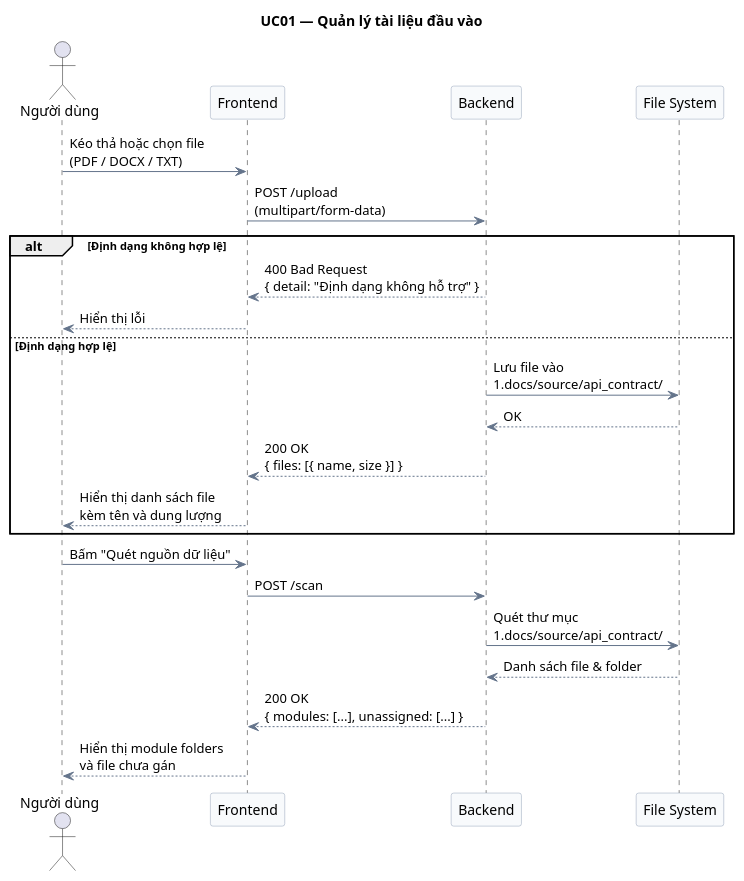
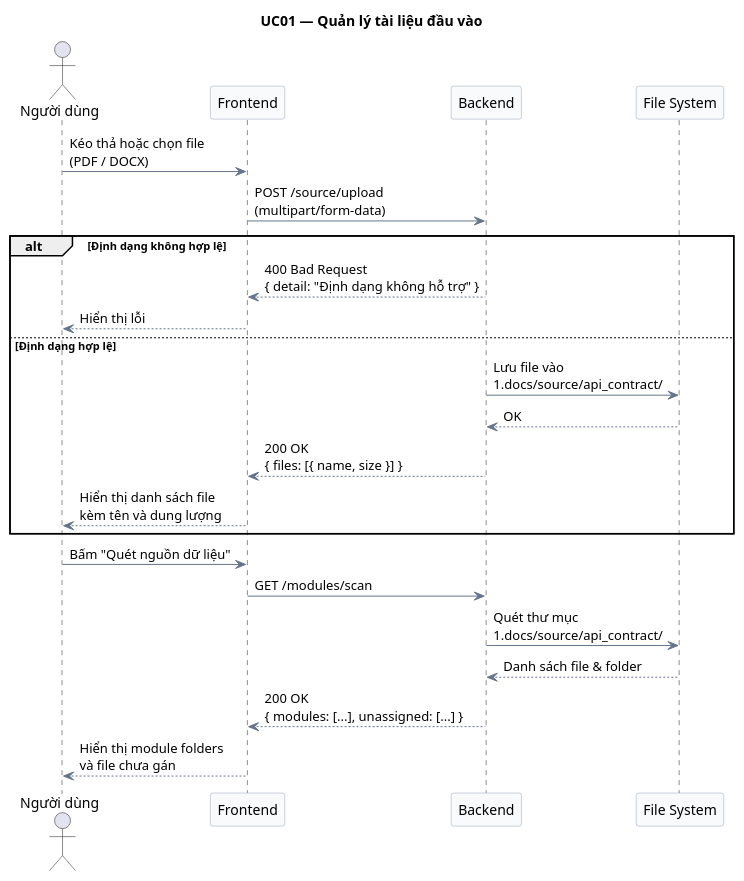
One commit to DuyTon666/API-CONVERTER changed the diagram in docs/sequence/UC01_sequence.puml. Above: the diagram before and after it, drawn with PlantUML. The commit also changed 80 other files, not shown here.

```diff
--- a/docs/sequence/UC01_sequence.puml
+++ b/docs/sequence/UC01_sequence.puml
@@ -1,36 +1,36 @@
 @startuml UC01_QuanLyTaiLieuDauVao
 skinparam SequenceArrowColor #64748B
 skinparam SequenceBoxBorderColor #CBD5E1
 skinparam ParticipantBackgroundColor #F8FAFC
 skinparam ParticipantBorderColor #94A3B8
 
 title UC01 — Quản lý tài liệu đầu vào
 
 actor "Người dùng" as User
 participant "Frontend" as FE
 participant "Backend" as BE
 participant "File System" as FS
 
-User -> FE: Kéo thả hoặc chọn file\n(PDF / DOCX / TXT)
-FE -> BE: POST /upload\n(multipart/form-data)
+User -> FE: Kéo thả hoặc chọn file\n(PDF / DOCX)
+FE -> BE: POST /source/upload\n(multipart/form-data)
 
 alt Định dạng không hợp lệ
   BE --> FE: 400 Bad Request\n{ detail: "Định dạng không hỗ trợ" }
   FE --> User: Hiển thị lỗi
 else Định dạng hợp lệ
   BE -> FS: Lưu file vào\n1.docs/source/api_contract/
   FS --> BE: OK
   BE --> FE: 200 OK\n{ files: [{ name, size }] }
   FE --> User: Hiển thị danh sách file\nkèm tên và dung lượng
 end
 
 User -> FE: Bấm "Quét nguồn dữ liệu"
-FE -> BE: POST /scan
+FE -> BE: GET /modules/scan
 
 BE -> FS: Quét thư mục\n1.docs/source/api_contract/
 FS --> BE: Danh sách file & folder
 
 BE --> FE: 200 OK\n{ modules: [...], unassigned: [...] }
 FE --> User: Hiển thị module folders\nvà file chưa gán
 
 @enduml
```
